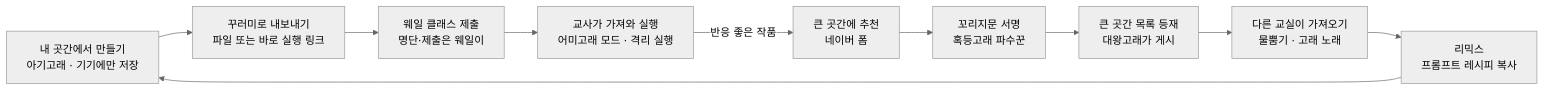
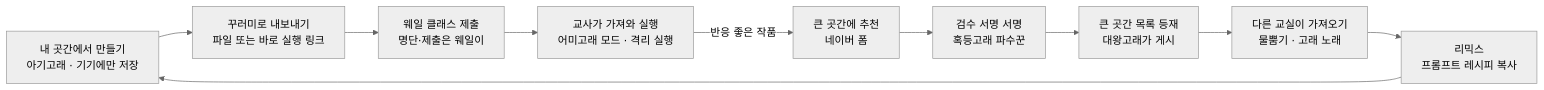
One commit to codersongpro/gorae changed the diagram in docs/PRD.md. Above: the diagram before and after it, drawn with Mermaid (neutral theme). The commit also changed other lines of this file and 17 other files, not shown here.

````diff
--- a/docs/PRD.md
+++ b/docs/PRD.md
@@ -130,12 +130,12 @@
 ```mermaid
 flowchart LR
   A["내 곳간에서 만들기<br/>아기고래 · 기기에만 저장"] --> B["꾸러미로 내보내기<br/>파일 또는 바로 실행 링크"]
   B --> C["웨일 클래스 제출<br/>명단·제출은 웨일이"]
   C --> D["교사가 가져와 실행<br/>어미고래 모드 · 격리 실행"]
   D -- 반응 좋은 작품 --> E["큰 곳간에 추천<br/>네이버 폼"]
-  E --> F["꼬리지문 서명<br/>혹등고래 파수꾼"]
+  E --> F["검수 서명 서명<br/>혹등고래 파수꾼"]
   F --> G["큰 곳간 목록 등재<br/>대왕고래가 게시"]
   G --> H["다른 교실이 가져오기<br/>물뿜기 · 고래 노래"]
   H --> I["리믹스<br/>프롬프트 레시피 복사"]
   I --> A
 ```
````
